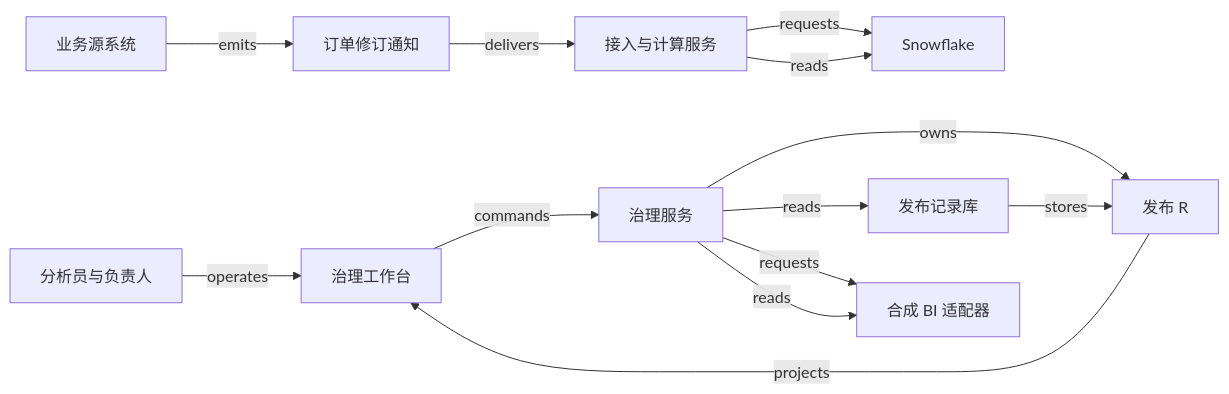
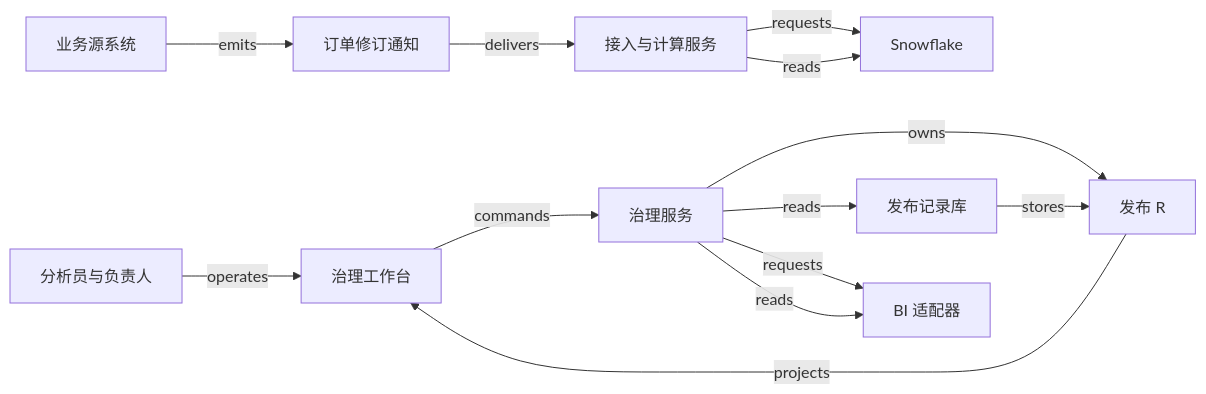
One commit to lesPrivilege/Praxis changed the diagram in books/saas-engineering/packages/data-ai-control/H07.md. Above: the diagram before and after it, drawn with Mermaid. The commit also changed other lines of this file and 190 other files, not shown here.

````diff
--- a/books/saas-engineering/packages/data-ai-control/H07.md
+++ b/books/saas-engineering/packages/data-ai-control/H07.md
@@ -50,15 +50,15 @@
 ```mermaid
 flowchart LR
   Analyst[分析员与负责人] -->|operates| UI[治理工作台]
   UI -->|commands| Gov[治理服务]
   Gov -->|owns| Release[发布 R]
   Meta[发布记录库] -->|stores| Release
   Source[业务源系统] -->|emits| Change[订单修订通知]
   Change -->|delivers| Ingest[接入与计算服务]
   Ingest -->|requests| Snow[Snowflake]
   Ingest -->|reads| Snow
   Gov -->|reads| Meta
-  Gov -->|requests| BI[合成 BI 适配器]
+  Gov -->|requests| BI[BI 适配器]
   Gov -->|reads| BI
   Release -->|projects| UI
 ```
````
